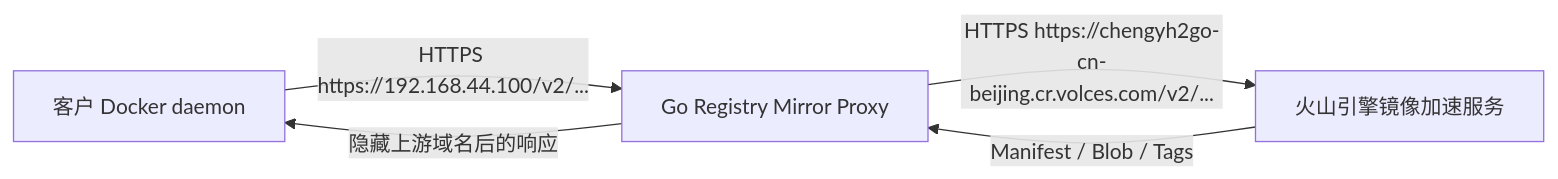
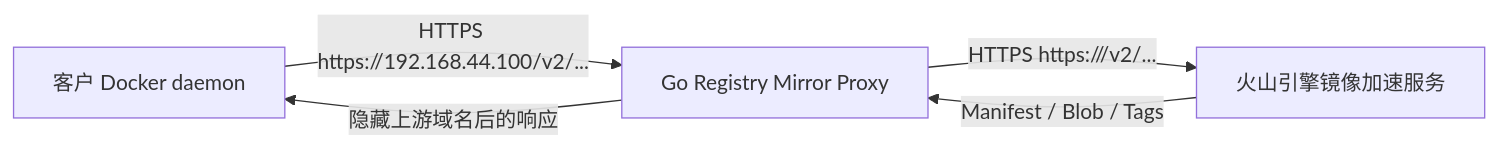
One commit to chengyh2ai/registry-mirror-proxy changed the diagram in docs/registry-mirror-proxy-prd.md. Above: the diagram before and after it, drawn with Mermaid. The commit also changed other lines of this file and 12 other files, not shown here.

````diff
--- a/docs/registry-mirror-proxy-prd.md
+++ b/docs/registry-mirror-proxy-prd.md
@@ -253,7 +253,7 @@
 ```mermaid
 flowchart LR
   A["客户 Docker daemon"] -->|HTTPS https://192.168.44.100/v2/...| B["Go Registry Mirror Proxy"]
-  B -->|HTTPS https://chengyh2go-cn-beijing.cr.volces.com/v2/...| C["火山引擎镜像加速服务"]
+  B -->|HTTPS https://<upstream-registry-domain>/v2/...| C["火山引擎镜像加速服务"]
   C -->|Manifest / Blob / Tags| B
   B -->|隐藏上游域名后的响应| A
 ```
````
